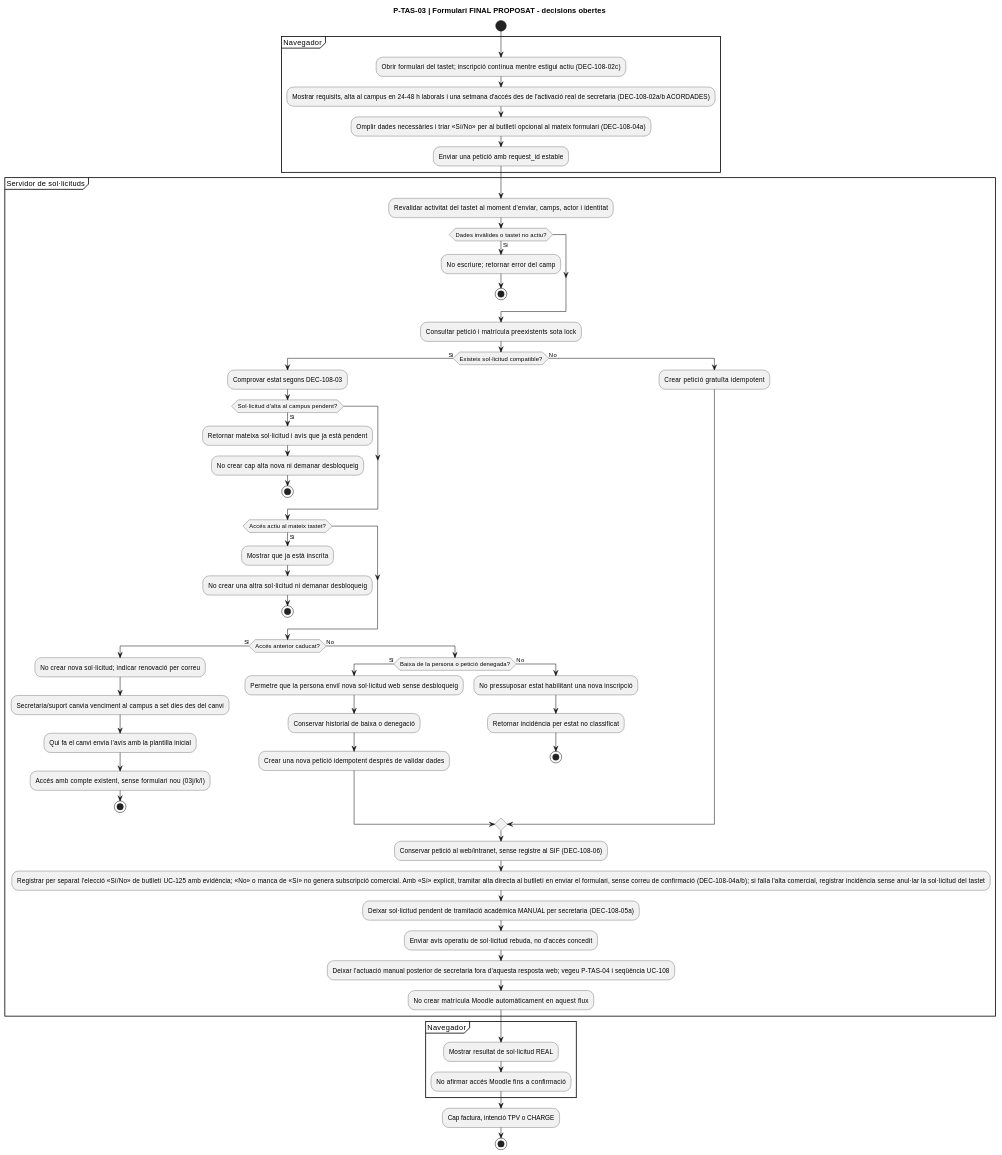
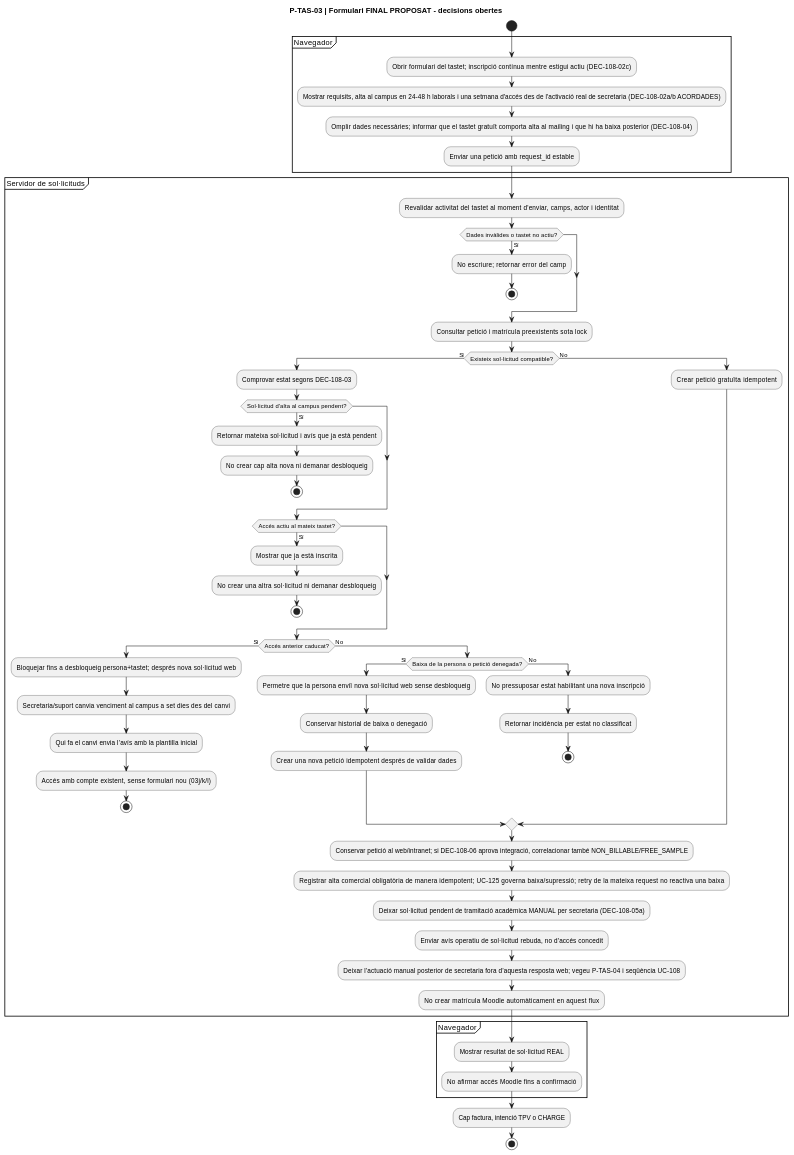
Diagram 16 of 32 in documentacio/07-uml-integrat/uc-108-activitats-pagines-tastets-actual-final.md (orgmeriemprismacat-del/verifactu), drawn with PlantUML before and after one commit. The commit also changed other lines of this file, not shown here.

````diff
--- a/documentacio/07-uml-integrat/uc-108-activitats-pagines-tastets-actual-final.md
+++ b/documentacio/07-uml-integrat/uc-108-activitats-pagines-tastets-actual-final.md
@@ -369,64 +374,64 @@
 ```plantuml
 @startuml
 title P-TAS-03 | Formulari FINAL PROPOSAT - decisions obertes
 start
 partition "Navegador" {
   :Obrir formulari del tastet; inscripció contínua mentre estigui actiu (DEC-108-02c);
   :Mostrar requisits, alta al campus en 24–48 h laborals i una setmana d'accés des de l'activació real de secretaria (DEC-108-02a/b ACORDADES);
-  :Omplir dades necessàries i triar «Sí/No» per al butlletí opcional al mateix formulari (DEC-108-04a);
+  :Omplir dades necessàries; informar que el tastet gratuït comporta alta al mailing i que hi ha baixa posterior (DEC-108-04);
   :Enviar una petició amb request_id estable;
 }
 partition "Servidor de sol·licituds" {
   :Revalidar activitat del tastet al moment d'enviar, camps, actor i identitat;
   if (Dades invàlides o tastet no actiu?) then (Sí)
     :No escriure; retornar error del camp;
     stop
   endif
   :Consultar petició i matrícula preexistents sota lock;
   if (Existeix sol·licitud compatible?) then (Sí)
     :Comprovar estat segons DEC-108-03;
     if (Sol·licitud d'alta al campus pendent?) then (Sí)
       :Retornar mateixa sol·licitud i avís que ja està pendent;
       :No crear cap alta nova ni demanar desbloqueig;
       stop
     endif
     if (Accés actiu al mateix tastet?) then (Sí)
       :Mostrar que ja està inscrita;
       :No crear una altra sol·licitud ni demanar desbloqueig;
       stop
     endif
     if (Accés anterior caducat?) then (Sí)
-      :No crear nova sol·licitud; indicar renovació per correu;
+      :Bloquejar fins a desbloqueig persona+tastet; després nova sol·licitud web;
       :Secretaria/suport canvia venciment al campus a set dies des del canvi;
       :Qui fa el canvi envia l’avís amb la plantilla inicial;
       :Accés amb compte existent, sense formulari nou (03j/k/l);
       stop
     else (No)
       if (Baixa de la persona o petició denegada?) then (Sí)
         :Permetre que la persona enviï nova sol·licitud web sense desbloqueig;
         :Conservar historial de baixa o denegació;
         :Crear una nova petició idempotent després de validar dades;
       else (No)
         :No pressuposar estat habilitant una nova inscripció;
         :Retornar incidència per estat no classificat;
         stop
       endif
     endif
   else (No)
     :Crear petició gratuïta idempotent;
   endif
-  :Conservar petició al web/intranet, sense registre al SIF (DEC-108-06);
-  :Registrar per separat l'elecció «Sí/No» de butlletí UC-125 amb evidència; «No» o manca de «Sí» no genera subscripció comercial. Amb «Sí» explícit, tramitar alta directa al butlletí en enviar el formulari, sense correu de confirmació (DEC-108-04a/b); si falla l'alta comercial, registrar incidència sense anul·lar la sol·licitud del tastet;
+  :Conservar petició al web/intranet; si DEC-108-06 aprova integració, correlacionar també NON_BILLABLE/FREE_SAMPLE;
+  :Registrar alta comercial obligatòria de manera idempotent; UC-125 governa baixa/supressió; retry de la mateixa request no reactiva una baixa;
   :Deixar sol·licitud pendent de tramitació acadèmica MANUAL per secretaria (DEC-108-05a);
   :Enviar avís operatiu de sol·licitud rebuda, no d'accés concedit;
   :Deixar l’actuació manual posterior de secretaria fora d’aquesta resposta web; vegeu P-TAS-04 i seqüència UC-108;
   :No crear matrícula Moodle automàticament en aquest flux;
 }
 partition "Navegador" {
   :Mostrar resultat de sol·licitud REAL;
   :No afirmar accés Moodle fins a confirmació;
 }
 :Cap factura, intenció TPV o CHARGE;
 stop
 @enduml
 ```
````
